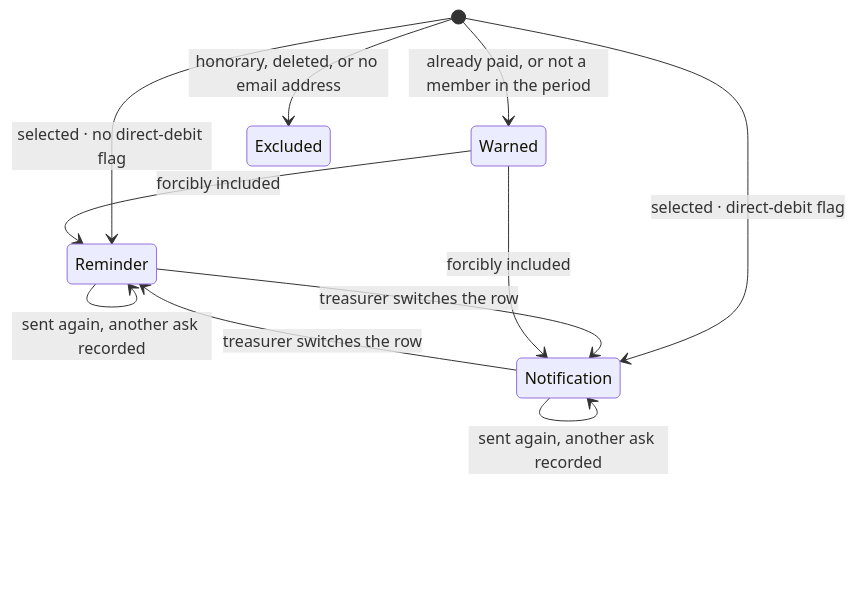
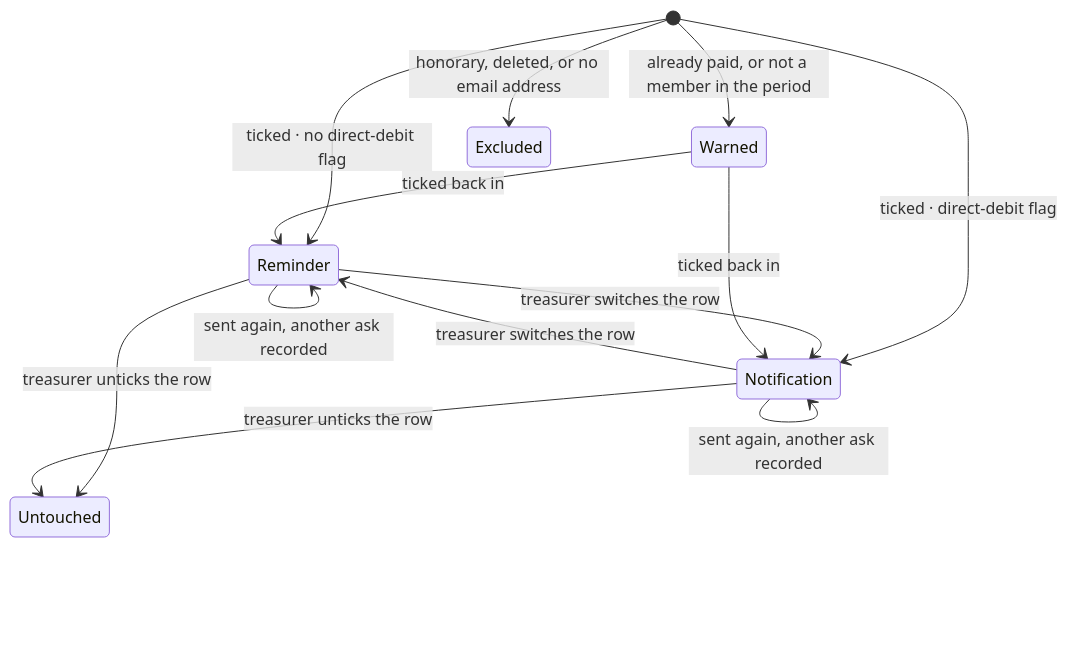
The first of 3 diagrams in docs/flows/payment-emails/README.md (ESA-Blueshell/website), drawn with Mermaid before and after one commit. The commit also changed other lines of this file and 1 other file, not shown here.

````diff
--- a/docs/flows/payment-emails/README.md
+++ b/docs/flows/payment-emails/README.md
@@ -28,13 +28,15 @@
 ```mermaid
 stateDiagram-v2
-    [*] --> Reminder: selected · no direct-debit flag
-    [*] --> Notification: selected · direct-debit flag
+    [*] --> Reminder: ticked · no direct-debit flag
+    [*] --> Notification: ticked · direct-debit flag
     [*] --> Warned: already paid, or not a member in the period
     [*] --> Excluded: honorary, deleted, or no email address
     Reminder --> Notification: treasurer switches the row
     Notification --> Reminder: treasurer switches the row
-    Warned --> Reminder: forcibly included
-    Warned --> Notification: forcibly included
+    Reminder --> Untouched: treasurer unticks the row
+    Notification --> Untouched: treasurer unticks the row
+    Warned --> Reminder: ticked back in
+    Warned --> Notification: ticked back in
     Reminder --> Reminder: sent again, another ask recorded
     Notification --> Notification: sent again, another ask recorded
 ```
````
